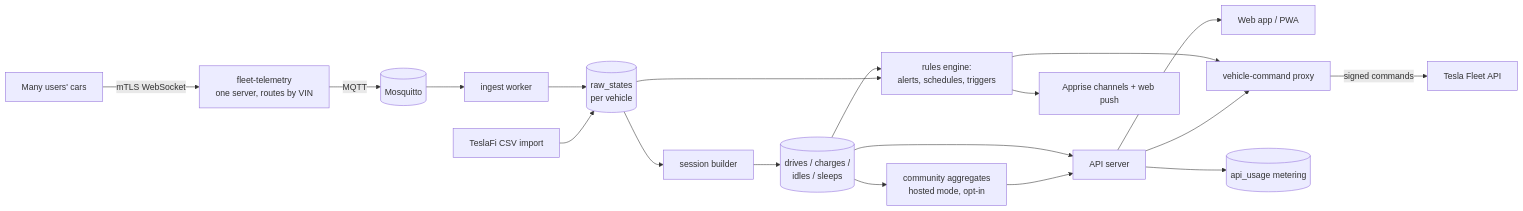
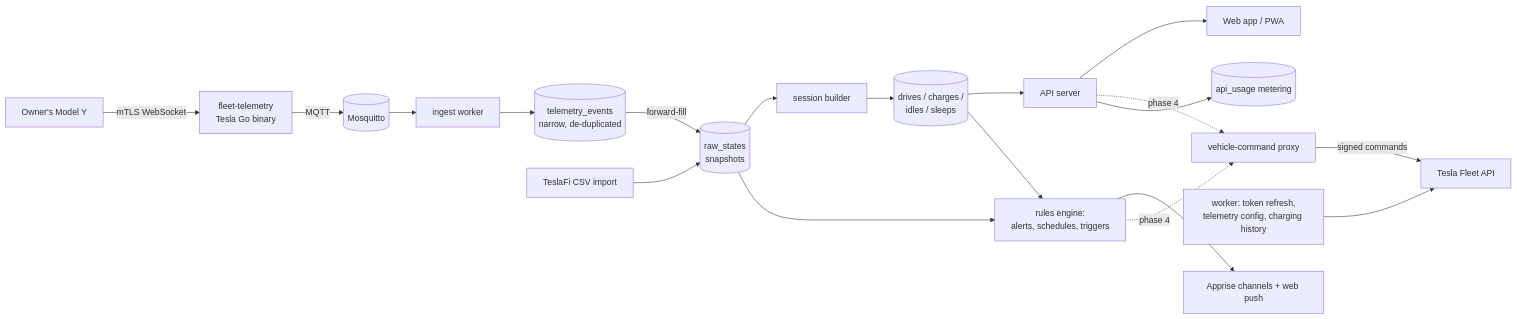
One commit to jlgreen11/teslai changed the diagram in docs/ARCHITECTURE.md. Above: the diagram before and after it, drawn with Mermaid. The commit also changed other lines of this file and 2 other files, not shown here.

First line of the commit message:
WIP: autoplan review of teslai architecture

````diff
--- a/docs/ARCHITECTURE.md
+++ b/docs/ARCHITECTURE.md
@@ -92,21 +87,21 @@
 ```mermaid
 flowchart LR
-  cars[Many users' cars] -- "mTLS WebSocket" --> ft[fleet-telemetry<br/>one server, routes by VIN]
+  car[Owner's Model Y] -- "mTLS WebSocket" --> ft[fleet-telemetry<br/>Tesla Go binary]
   ft -- MQTT --> mq[(Mosquitto)]
   mq --> ing[ingest worker]
-  ing --> raw[(raw_states<br/>per vehicle)]
+  ing --> ev[(telemetry_events<br/>narrow, de-duplicated)]
+  ev -- forward-fill --> raw[(raw_states<br/>snapshots)]
   raw --> sb[session builder]
   sb --> sess[(drives / charges /<br/>idles / sleeps)]
   csv[TeslaFi CSV import] --> raw
   sess --> api[API server]
   api --> web[Web app / PWA]
   sess --> rules[rules engine:<br/>alerts, schedules, triggers]
   raw --> rules
   rules --> notify[Apprise channels + web push]
-  rules --> vcp[vehicle-command proxy]
-  api --> vcp
+  rules -. "phase 4" .-> vcp[vehicle-command proxy]
+  api -. "phase 4" .-> vcp
   vcp -- "signed commands" --> fleet[Tesla Fleet API]
-  sess --> agg[community aggregates<br/>hosted mode, opt-in]
-  agg --> api
+  worker2[worker: token refresh,<br/>telemetry config, charging history] --> fleet
   api --> meter[(api_usage metering)]
 ```
````
